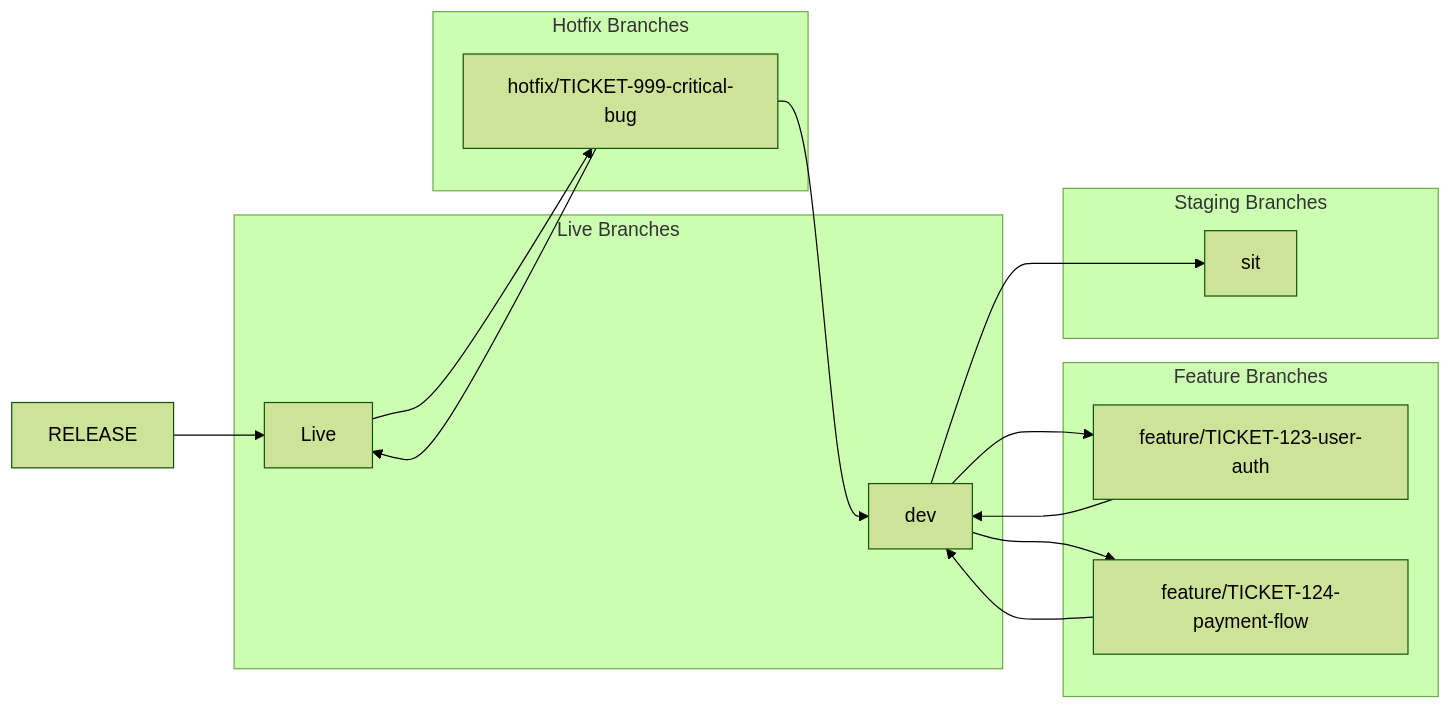
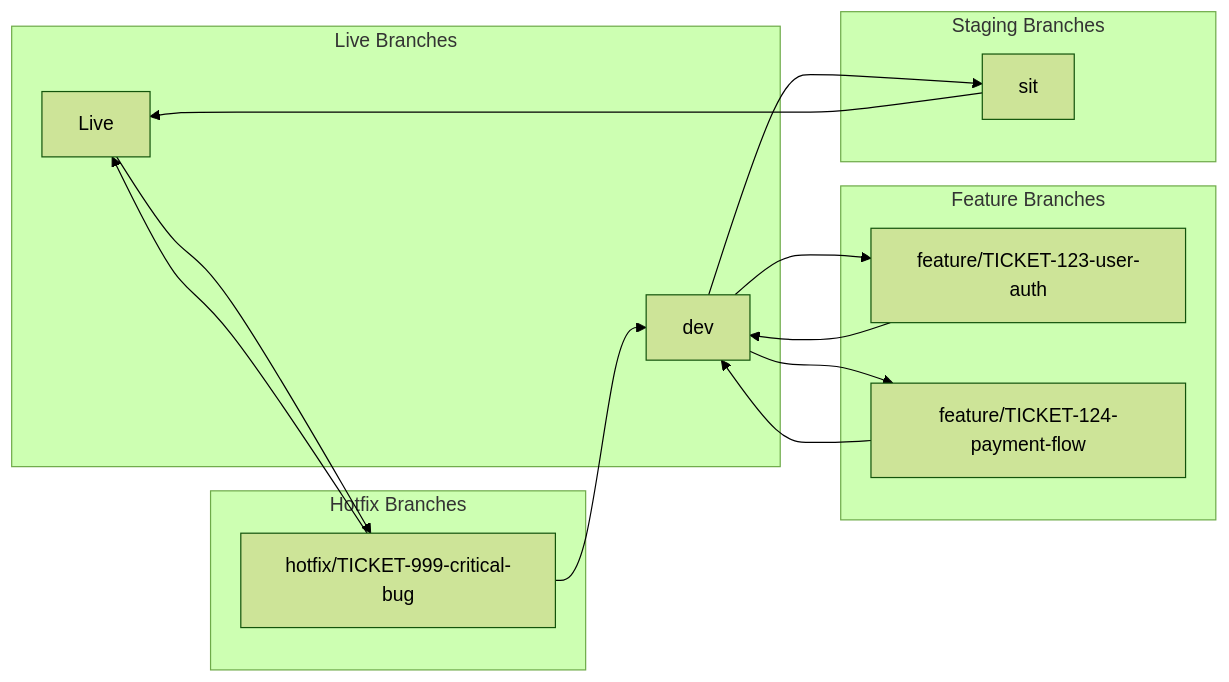
One commit to Anvil-Shield-Group/.github changed the diagram in wiki/practices/version-control/overview.md. Above: the diagram before and after it, drawn with Mermaid (forest theme).

Commit message:
fix: Update Git workflow diagram to reflect correct release process

````diff
--- a/wiki/practices/version-control/overview.md
+++ b/wiki/practices/version-control/overview.md
@@ -53,30 +53,30 @@
 ```mermaid
 graph LR
     subgraph "Live Branches"
         LIVE[Live]
         DEVELOP[dev]
     end
     
     subgraph "Feature Branches"
         FEATURE1[feature/TICKET-123-user-auth]
         FEATURE2[feature/TICKET-124-payment-flow]
     end
     
     subgraph "Staging Branches"
         STAGING[sit]
     end
     
     subgraph "Hotfix Branches"
         HOTFIX[hotfix/TICKET-999-critical-bug]
     end
     
     DEVELOP --> FEATURE1
     DEVELOP --> FEATURE2
     FEATURE1 --> DEVELOP
     FEATURE2 --> DEVELOP
     DEVELOP --> STAGING
-    RELEASE --> LIVE
+    STAGING --> LIVE
     LIVE --> HOTFIX
     HOTFIX --> LIVE
     HOTFIX --> DEVELOP
 ```
````
